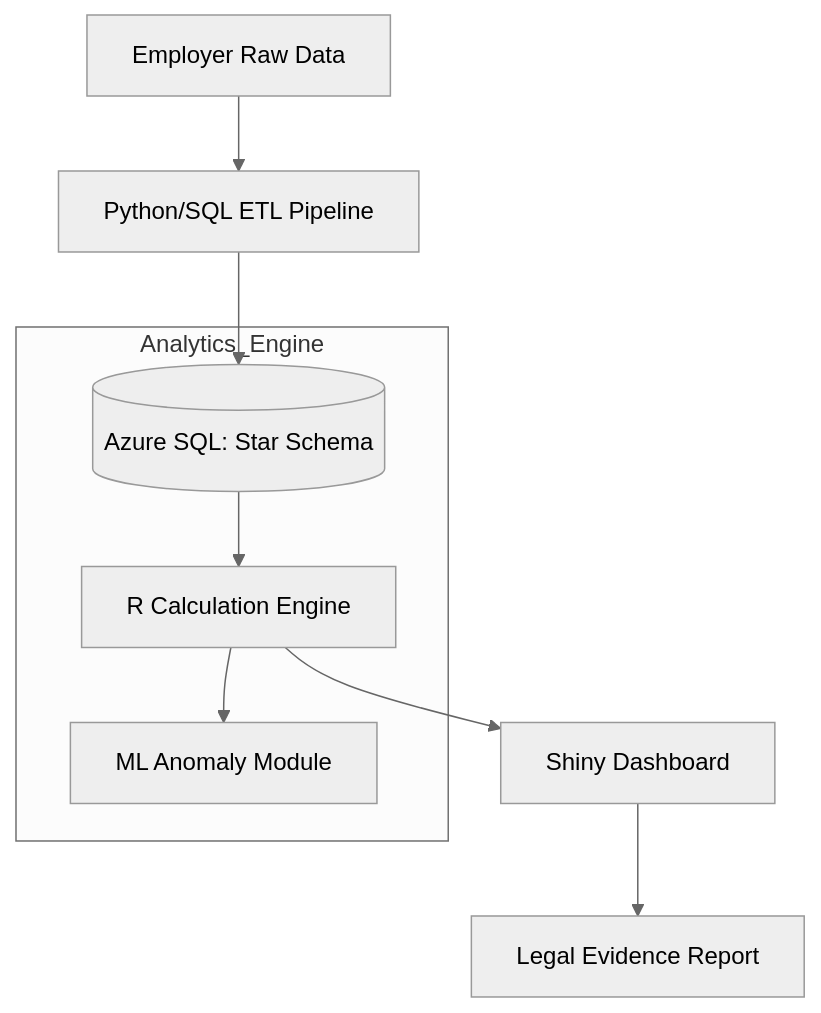
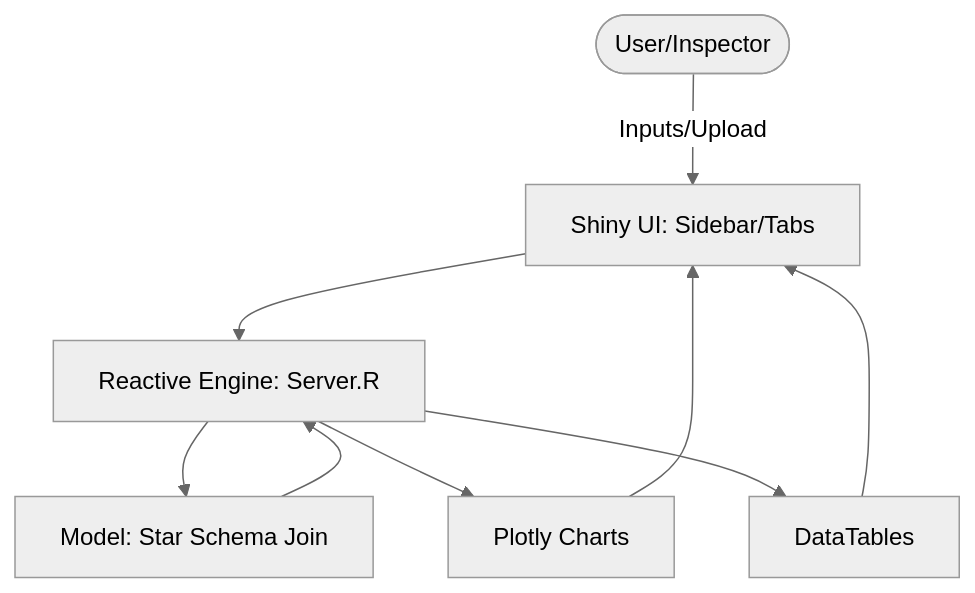
The diagram in README.md (agripda/awards_model), drawn with Mermaid (neutral theme) before and after one commit. The commit also changed other lines of this file, not shown here.

````diff
--- a/README.md
+++ b/README.md
@@ -81,11 +79,11 @@
 ```mermaid
 graph TD
-    A[Employer Raw Data] --> B[Python/SQL ETL Pipeline]
-    B --> C[(Azure SQL: Star Schema)]
-    subgraph Analytics_Engine
-        C --> D[R Calculation Engine]
-        D --> E[ML Anomaly Module]
-    end
-    D --> F[Shiny Dashboard]
-    F --> G[Legal Evidence Report]
+    User([User/Inspector]) -- Inputs/Upload --> UI[Shiny UI: Sidebar/Tabs]
+    UI --> RE[Reactive Engine: Server.R]
+    RE --> MD[Model: Star Schema Join]
+    MD --> RE
+    RE --> PL[Plotly Charts]
+    RE --> DT[DataTables]
+    PL --> UI
+    DT --> UI
 ```
````
